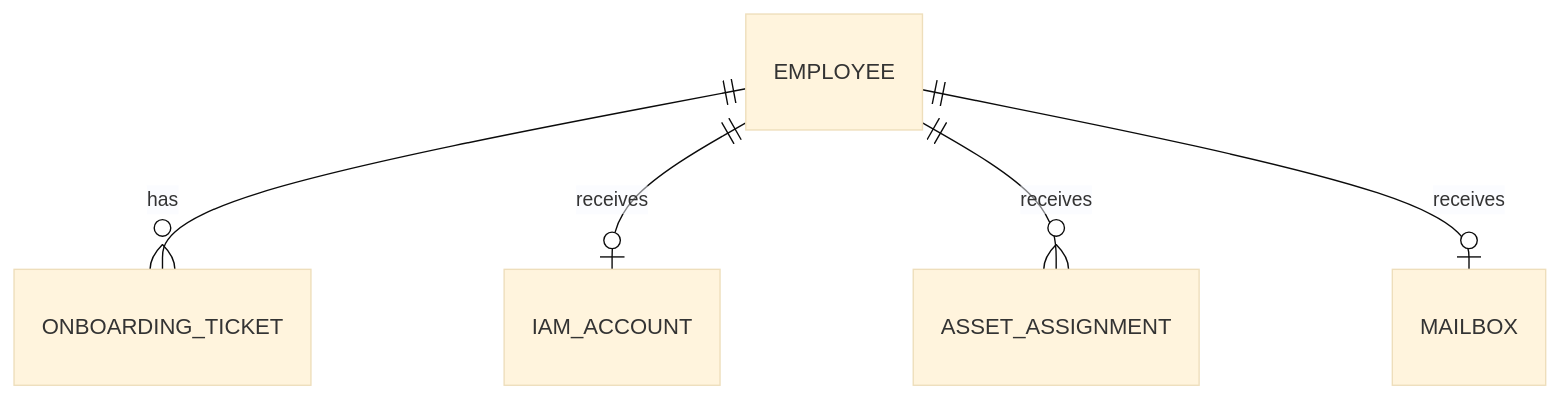
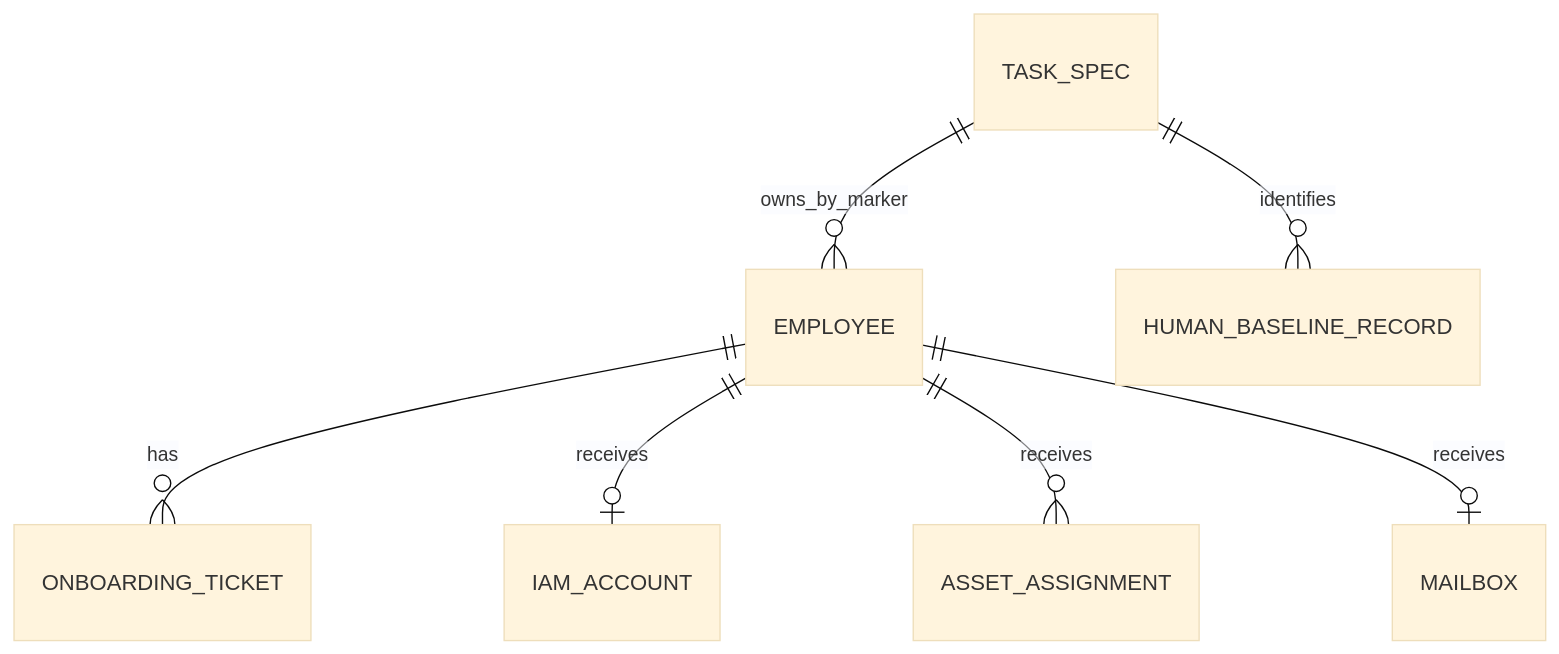
One commit to taka-wzx/flowpilot-arena changed the second of 2 diagrams in docs/architecture.md. Above: the diagram before and after it, drawn with Mermaid (base theme). The commit also changed other lines of this file and 40 other files, not shown here.

````diff
--- a/docs/architecture.md
+++ b/docs/architecture.md
@@ -34,7 +58,9 @@
 ```mermaid
 erDiagram
     EMPLOYEE ||--o{ ONBOARDING_TICKET : has
     EMPLOYEE ||--o| IAM_ACCOUNT : receives
     EMPLOYEE ||--o{ ASSET_ASSIGNMENT : receives
     EMPLOYEE ||--o| MAILBOX : receives
+    TASK_SPEC ||--o{ EMPLOYEE : owns_by_marker
+    TASK_SPEC ||--o{ HUMAN_BASELINE_RECORD : identifies
 ```
````
